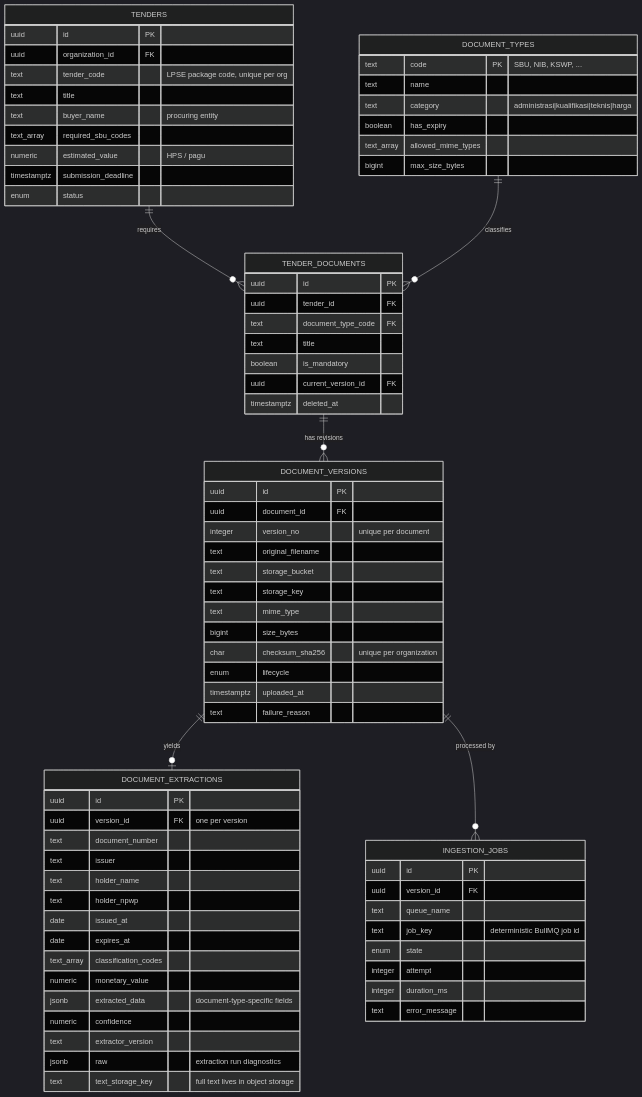
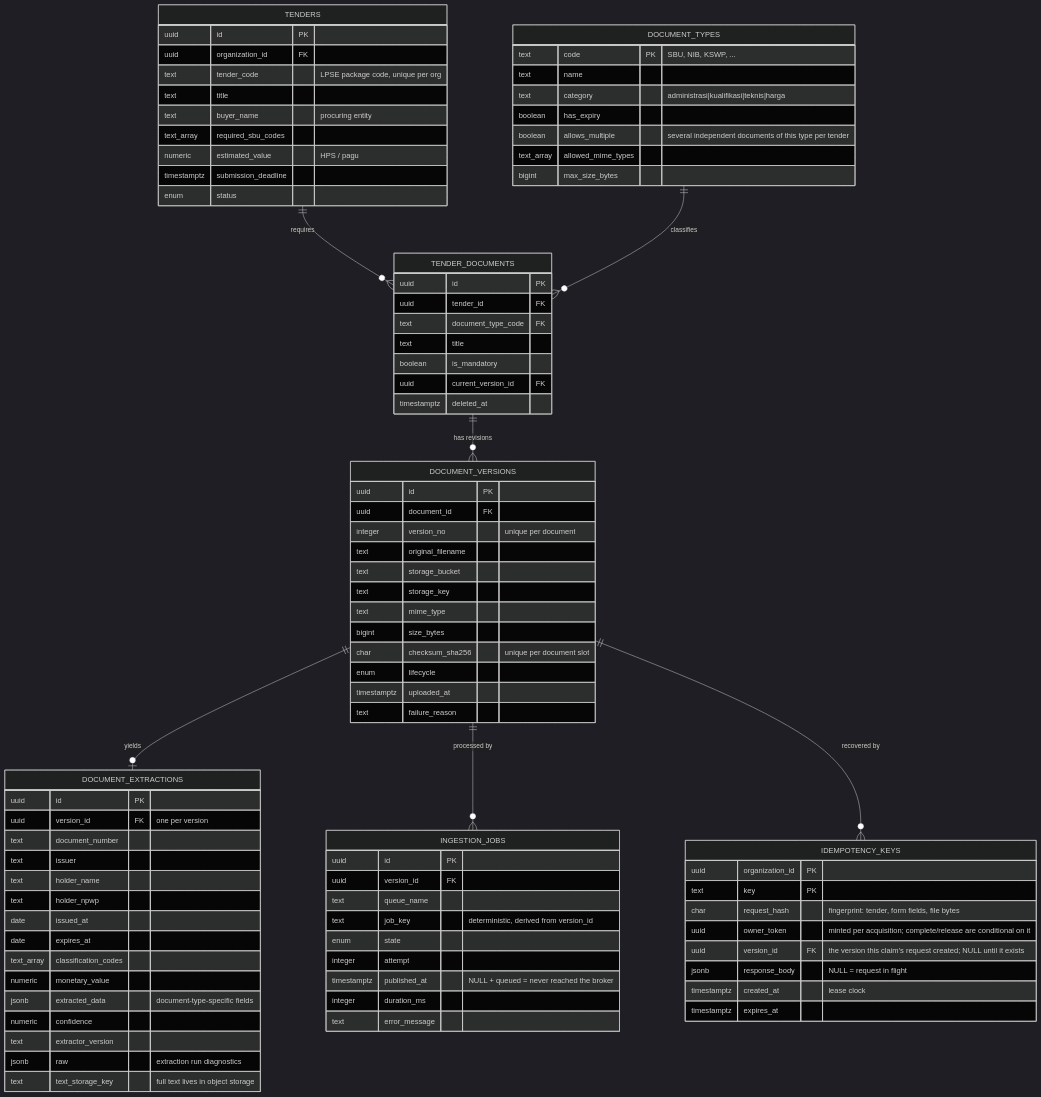
The second of 3 diagrams in docs/ERD.md (satryawiguna/vantedge-bid), drawn with Mermaid (dark theme) before and after one commit. The commit also changed other lines of this file and 86 other files, not shown here.

````diff
--- a/docs/ERD.md
+++ b/docs/ERD.md
@@ -62,6 +77,7 @@
         text        name
         text        category        "administrasi|kualifikasi|teknis|harga"
         boolean     has_expiry
+        boolean     allows_multiple "several independent documents of this type per tender"
         text_array  allowed_mime_types
         bigint      max_size_bytes
     }
@@ -83,7 +99,7 @@
         text        storage_key
         text        mime_type
         bigint      size_bytes
-        char        checksum_sha256 "unique per organization"
+        char        checksum_sha256 "unique per document slot"
         enum        lifecycle
         timestamptz uploaded_at
         text        failure_reason
@@ -109,11 +125,23 @@
         uuid        id PK
         uuid        version_id FK
         text        queue_name
-        text        job_key         "deterministic BullMQ job id"
+        text        job_key         "deterministic, derived from version_id"
         enum        state
         integer     attempt
+        timestamptz published_at    "NULL + queued = never reached the broker"
         integer     duration_ms
         text        error_message
+    }
+
+    IDEMPOTENCY_KEYS {
+        uuid        organization_id PK
+        text        key             PK
+        char        request_hash    "fingerprint: tender, form fields, file bytes"
+        uuid        owner_token     "minted per acquisition; complete/release are conditional on it"
+        uuid        version_id FK   "the version this claim's request created; NULL until it exists"
+        jsonb       response_body   "NULL = request in flight"
+        timestamptz created_at      "lease clock"
+        timestamptz expires_at
     }
 
     TENDERS ||--o{ TENDER_DOCUMENTS : requires
@@ -121,4 +149,5 @@
     TENDER_DOCUMENTS ||--o{ DOCUMENT_VERSIONS : "has revisions"
     DOCUMENT_VERSIONS ||--o| DOCUMENT_EXTRACTIONS : yields
     DOCUMENT_VERSIONS ||--o{ INGESTION_JOBS : "processed by"
+    DOCUMENT_VERSIONS ||--o{ IDEMPOTENCY_KEYS : "recovered by"
 ```
````
